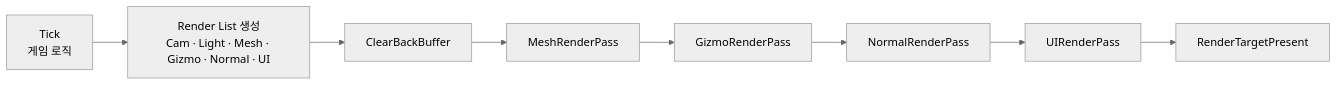
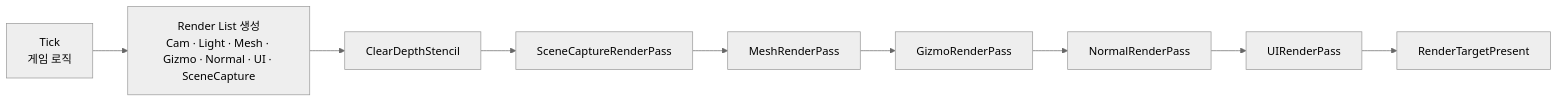
One commit to Gat-Young/ForestPearlEngine changed the sixth of 21 diagrams in README.md. Above: the diagram before and after it, drawn with Mermaid (neutral theme). The commit also changed other lines of this file and 3 other files, not shown here.

````diff
--- a/README.md
+++ b/README.md
@@ -617,10 +636,11 @@
 ```mermaid
 flowchart LR
-    T["Tick<br/>게임 로직"] --> L["Render List 생성<br/>Cam · Light · Mesh · Gizmo · Normal · UI"]
-    L --> C["ClearBackBuffer"]
-    C --> P1["MeshRenderPass"]
+    T["Tick<br/>게임 로직"] --> L["Render List 생성<br/>Cam · Light · Mesh · Gizmo · Normal · UI · SceneCapture"]
+    L --> C["ClearDepthStencil"]
+    C --> SC["SceneCaptureRenderPass"]
+    SC --> P1["MeshRenderPass"]
     P1 --> P2["GizmoRenderPass"]
     P2 --> PN["NormalRenderPass"]
     PN --> P3["UIRenderPass"]
     P3 --> PR["RenderTargetPresent"]
 ```
````
